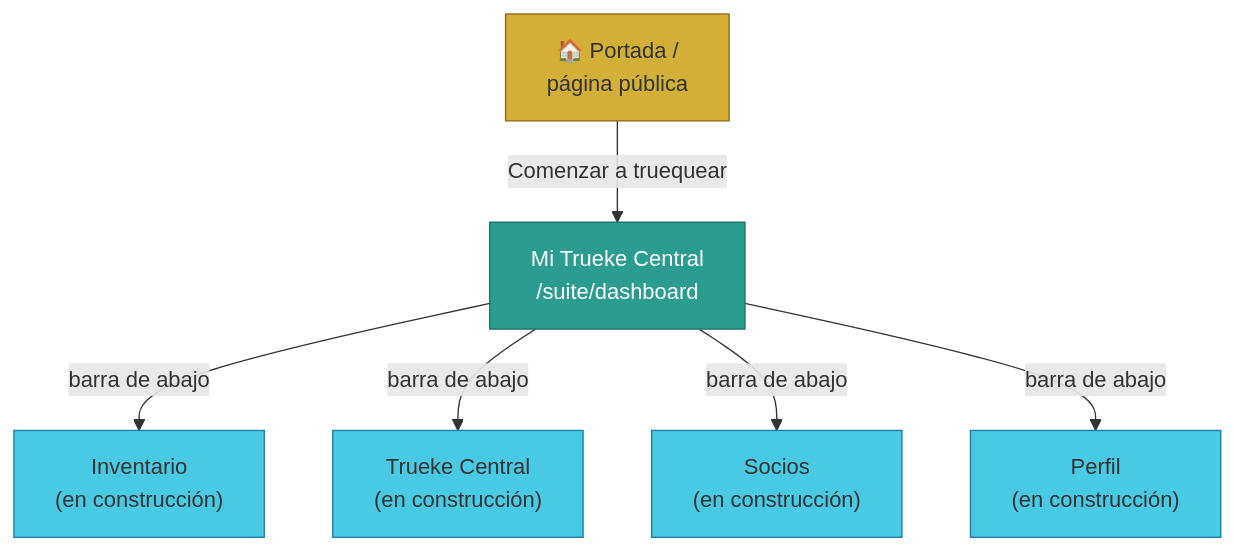
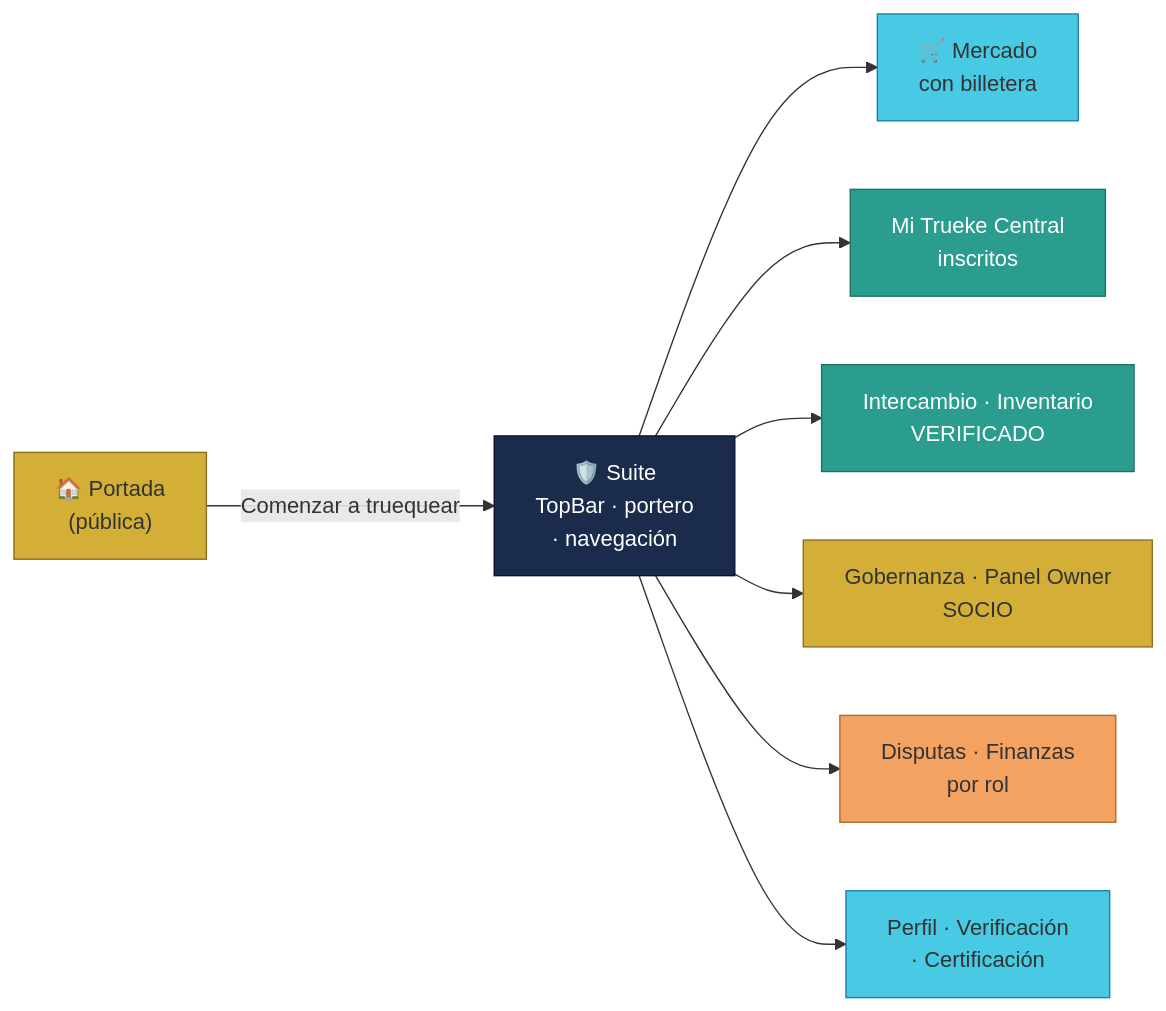
The first of 3 diagrams in docs/Manuales/03-Implementacion/07-frontend.md (anlucorporations/escrow), drawn with Mermaid before and after one commit. The commit also changed other lines of this file and 99 other files, not shown here.

First line of the commit message:
feat(manuales): biblioteca de Ayuda por tópicos/temas + suite 'Sistemas' del Owner (workflow 5 roles)

````diff
--- a/docs/Manuales/03-Implementacion/07-frontend.md
+++ b/docs/Manuales/03-Implementacion/07-frontend.md
@@ -56,14 +68,18 @@
 ```mermaid
-flowchart TB
-    L["🏠 Portada /<br/>página pública"] -->|"Comenzar a truequear"| D["Mi Trueke Central<br/>/suite/dashboard"]
-    D -->|"barra de abajo"| INV["Inventario<br/>(en construcción)"]
-    D -->|"barra de abajo"| INT["Trueke Central<br/>(en construcción)"]
-    D -->|"barra de abajo"| SOC["Socios<br/>(en construcción)"]
-    D -->|"barra de abajo"| PER["Perfil<br/>(en construcción)"]
+flowchart LR
+    L["🏠 Portada<br/>(pública)"] -->|"Comenzar a truequear"| G["🛡️ Suite<br/>TopBar · portero<br/>· navegación"]
+    G --> M["🛒 Mercado<br/>con billetera"]
+    G --> D["Mi Trueke Central<br/>inscritos"]
+    G --> I["Intercambio · Inventario<br/>VERIFICADO"]
+    G --> S["Gobernanza · Panel Owner<br/>SOCIO"]
+    G --> F["Disputas · Finanzas<br/>por rol"]
+    G --> P["Perfil · Verificación<br/>· Certificación"]
     style L fill:#d4af37,stroke:#8a6d1f
+    style G fill:#1a2b4c,color:#fff,stroke:#0a1128
+    style M fill:#48cae4,stroke:#1d7fa8
     style D fill:#2a9d8f,color:#fff,stroke:#1f6f64
-    style INV fill:#48cae4,stroke:#1d7fa8
-    style INT fill:#48cae4,stroke:#1d7fa8
-    style SOC fill:#48cae4,stroke:#1d7fa8
-    style PER fill:#48cae4,stroke:#1d7fa8
+    style I fill:#2a9d8f,color:#fff,stroke:#1f6f64
+    style S fill:#d4af37,stroke:#8a6d1f
+    style F fill:#f4a261,stroke:#b06a2a
+    style P fill:#48cae4,stroke:#1d7fa8
 ```
````
